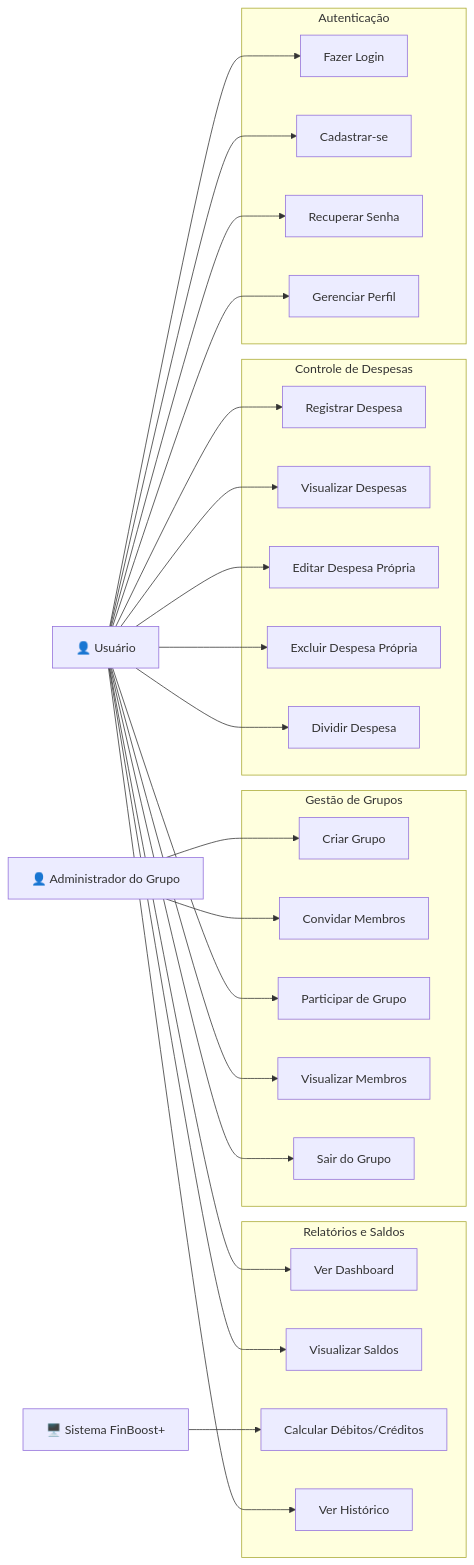
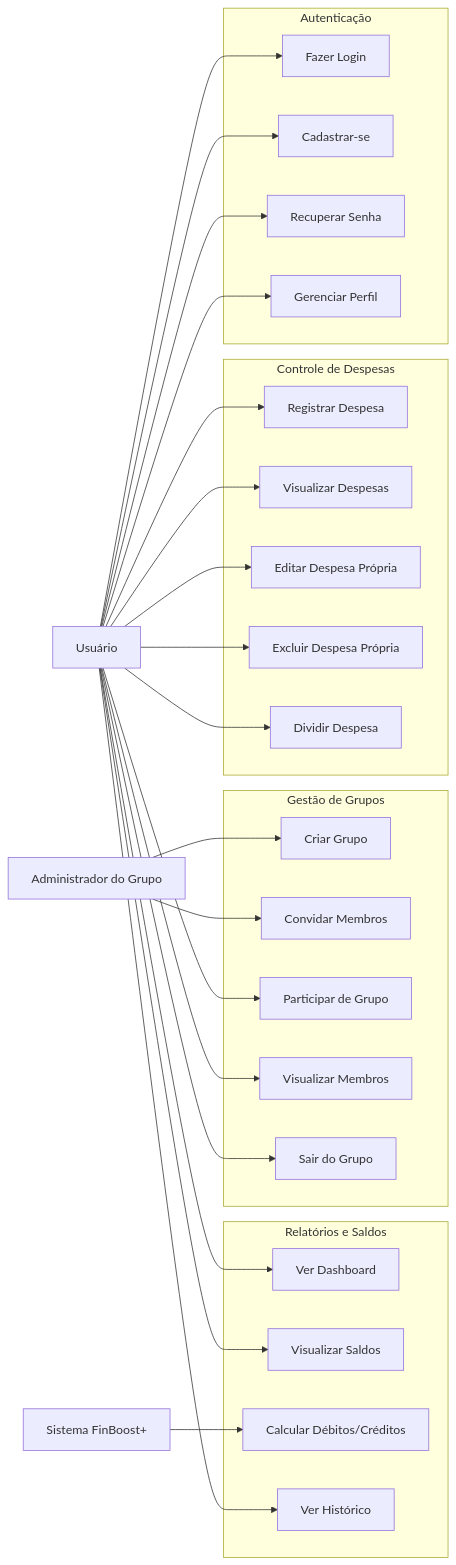
Before and after one commit to Finboostplus/finboostplus-app: the second of 8 diagrams in docs/project/diagrams.md, drawn with Mermaid. The commit also changed other lines of this file and 21 other files, not shown here.

First line of the commit message:
refactor: documentation for FinBoost+ project

````diff
--- a/docs/project/diagrams.md
+++ b/docs/project/diagrams.md
@@ -69,57 +61,50 @@
 ```mermaid
 graph LR
-    User[👤 Usuário]
-    Admin[👤 Administrador do Grupo]
-    System[🖥️ Sistema FinBoost+]
-    
+    User[Usuário]
+    Admin[Administrador do Grupo]
+    System[Sistema FinBoost+]
     subgraph "Autenticação"
         UC1[Fazer Login]
         UC2[Cadastrar-se]
         UC3[Recuperar Senha]
         UC4[Gerenciar Perfil]
     end
-    
     subgraph "Gestão de Grupos"
         UC5[Criar Grupo]
         UC6[Convidar Membros]
         UC7[Participar de Grupo]
         UC8[Visualizar Membros]
         UC9[Sair do Grupo]
     end
-    
     subgraph "Controle de Despesas"
         UC10[Registrar Despesa]
         UC11[Visualizar Despesas]
         UC12[Editar Despesa Própria]
         UC13[Excluir Despesa Própria]
         UC14[Dividir Despesa]
     end
-    
     subgraph "Relatórios e Saldos"
         UC15[Ver Dashboard]
         UC16[Visualizar Saldos]
         UC17[Calcular Débitos/Créditos]
         UC18[Ver Histórico]
     end
-    
     User --> UC1
     User --> UC2
     User --> UC3
     User --> UC4
     User --> UC7
     User --> UC8
     User --> UC9
     User --> UC10
     User --> UC11
     User --> UC12
     User --> UC13
     User --> UC14
     User --> UC15
     User --> UC16
     User --> UC18
-    
     Admin --> UC5
     Admin --> UC6
-    
     System --> UC17
 ```
````
